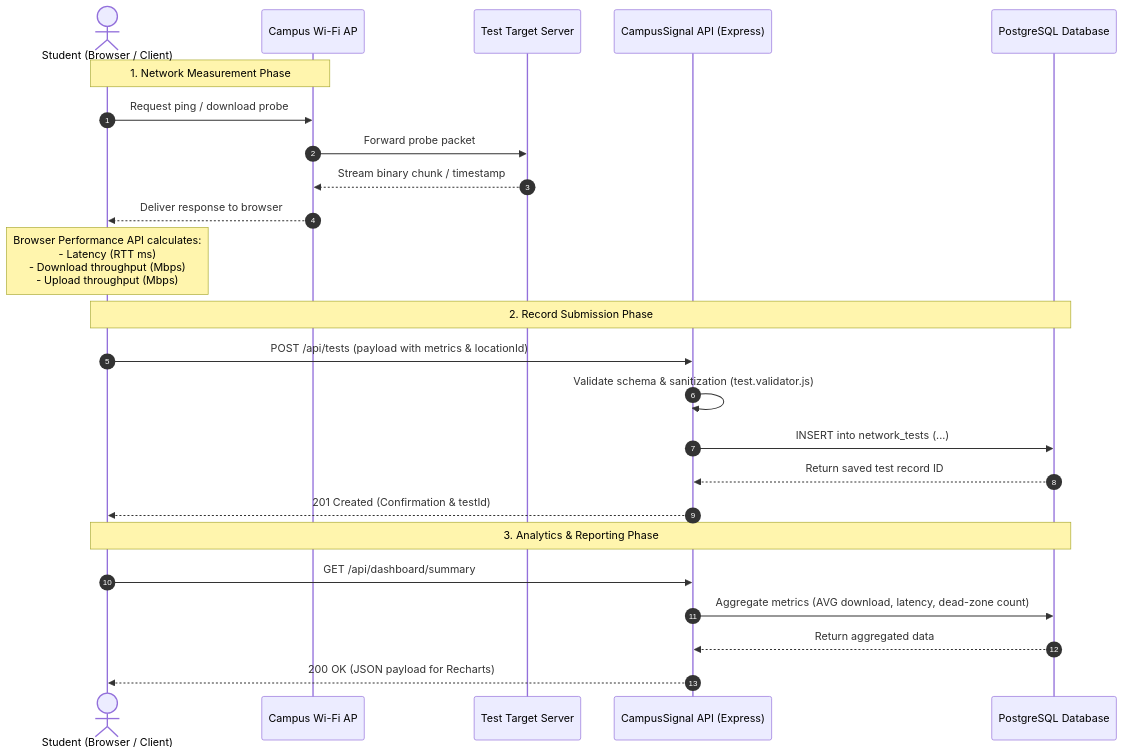
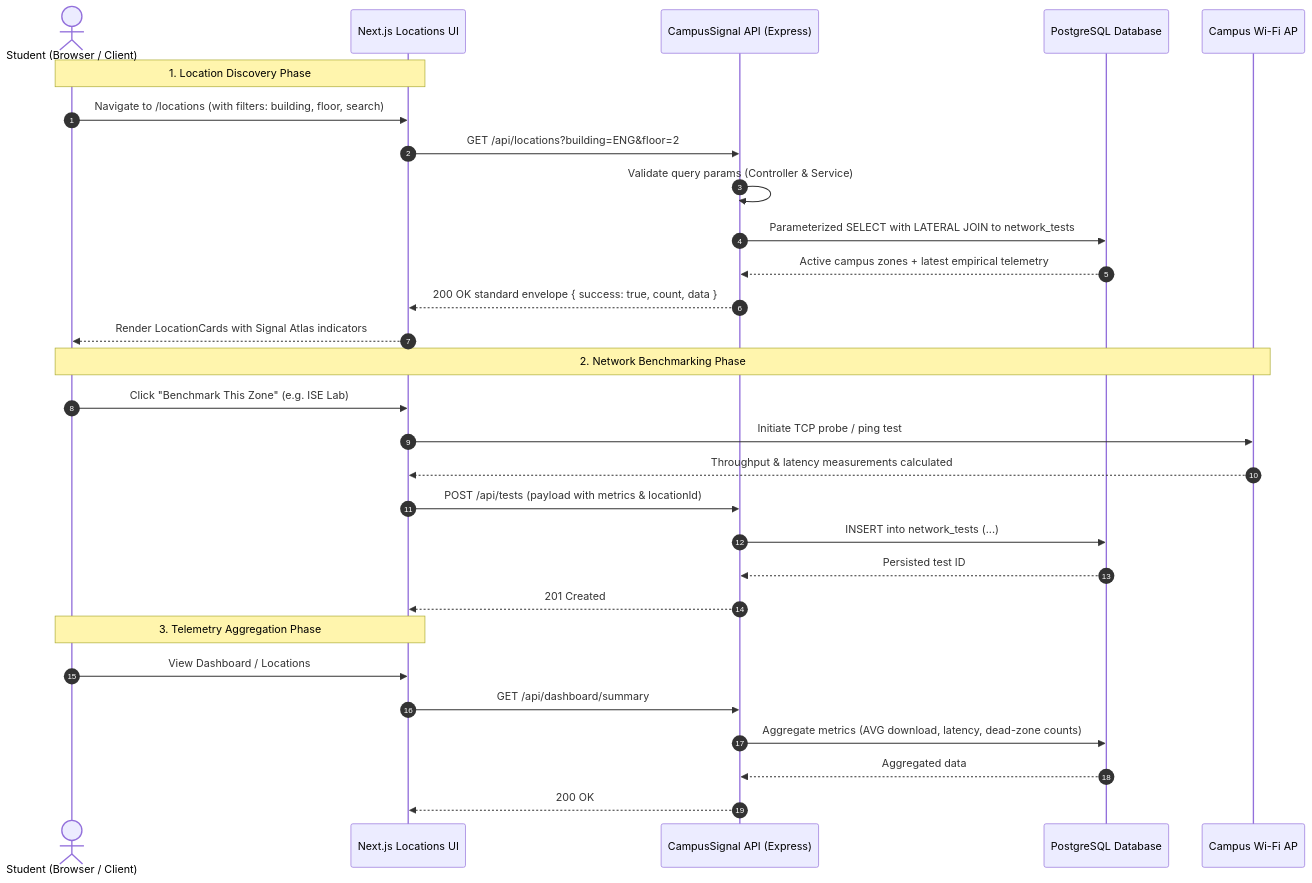
One commit to abhinandanas/CampusSignal changed the first of 2 diagrams in docs/ARCHITECTURE.md. Above: the diagram before and after it, drawn with Mermaid. The commit also changed other lines of this file and 19 other files, not shown here.

````diff
--- a/docs/ARCHITECTURE.md
+++ b/docs/ARCHITECTURE.md
@@ -12,29 +12,34 @@
 ```mermaid
 sequenceDiagram
     autonumber
     actor Student as Student (Browser / Client)
-    participant AP as Campus Wi-Fi AP
-    participant Server as Test Target Server
+    participant NextClient as Next.js Locations UI
     participant Express as CampusSignal API (Express)
     participant DB as PostgreSQL Database
+    participant AP as Campus Wi-Fi AP
 
-    Note over Student,AP: 1. Network Measurement Phase
-    Student->>AP: Request ping / download probe
-    AP->>Server: Forward probe packet
-    Server-->>AP: Stream binary chunk / timestamp
-    AP-->>Student: Deliver response to browser
-    Note over Student: Browser Performance API calculates:<br/>- Latency (RTT ms)<br/>- Download throughput (Mbps)<br/>- Upload throughput (Mbps)
+    Note over Student,NextClient: 1. Location Discovery Phase
+    Student->>NextClient: Navigate to /locations (with filters: building, floor, search)
+    NextClient->>Express: GET /api/locations?building=ENG&floor=2
+    Express->>Express: Validate query params (Controller & Service)
+    Express->>DB: Parameterized SELECT with LATERAL JOIN to network_tests
+    DB-->>Express: Active campus zones + latest empirical telemetry
+    Express-->>NextClient: 200 OK standard envelope { success: true, count, data }
+    NextClient-->>Student: Render LocationCards with Signal Atlas indicators
 
-    Note over Student,DB: 2. Record Submission Phase
-    Student->>Express: POST /api/tests (payload with metrics & locationId)
-    Express->>Express: Validate schema & sanitization (test.validator.js)
+    Note over Student,AP: 2. Network Benchmarking Phase
+    Student->>NextClient: Click "Benchmark This Zone" (e.g. ISE Lab)
+    NextClient->>AP: Initiate TCP probe / ping test
+    AP-->>NextClient: Throughput & latency measurements calculated
+    NextClient->>Express: POST /api/tests (payload with metrics & locationId)
     Express->>DB: INSERT into network_tests (...)
-    DB-->>Express: Return saved test record ID
-    Express-->>Student: 201 Created (Confirmation & testId)
+    DB-->>Express: Persisted test ID
+    Express-->>NextClient: 201 Created
 
-    Note over Student,DB: 3. Analytics & Reporting Phase
-    Student->>Express: GET /api/dashboard/summary
-    Express->>DB: Aggregate metrics (AVG download, latency, dead-zone count)
-    DB-->>Express: Return aggregated data
-    Express-->>Student: 200 OK (JSON payload for Recharts)
+    Note over Student,NextClient: 3. Telemetry Aggregation Phase
+    Student->>NextClient: View Dashboard / Locations
+    NextClient->>Express: GET /api/dashboard/summary
+    Express->>DB: Aggregate metrics (AVG download, latency, dead-zone counts)
+    DB-->>Express: Aggregated data
+    Express-->>NextClient: 200 OK
 ```
````
